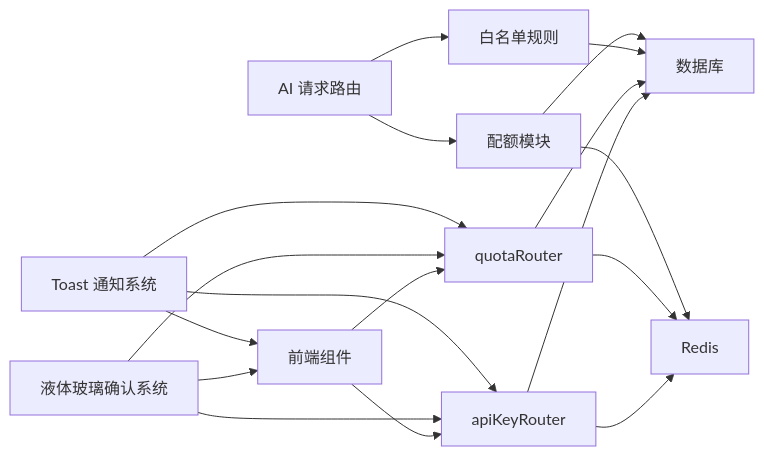
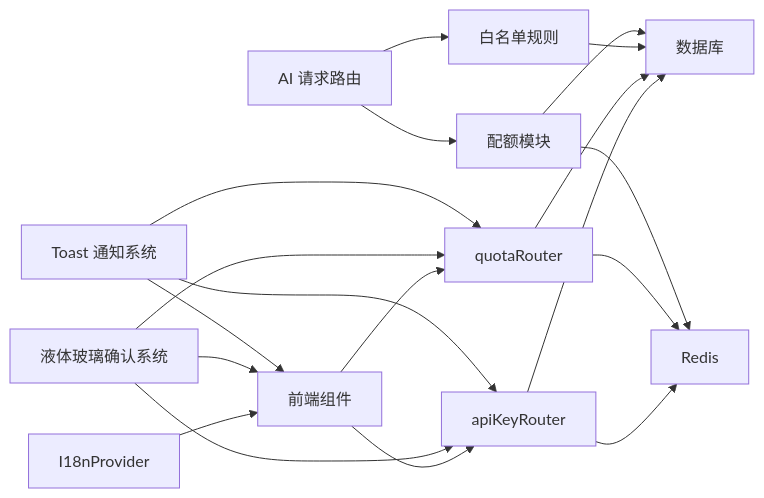
Before and after one commit to RadiumAg/AIGate: the tenth of 10 diagrams in .qoder/repowiki/zh/content/核心功能/API Key 管理.md, drawn with Mermaid. The commit also changed other lines of this file and 4 other files, not shown here.

````diff
--- a/.qoder/repowiki/zh/content/核心功能/API Key 管理.md
+++ b/.qoder/repowiki/zh/content/核心功能/API Key 管理.md
@@ -427,20 +535,21 @@
 ```mermaid
 graph LR
-UI["前端组件"] --> TPR["apiKeyRouter"]
+I18n["I18nProvider"] --> UI["前端组件"]
+UI --> TPR["apiKeyRouter"]
 UI --> QR["quotaRouter"]
 TPR --> DB["数据库"]
 TPR --> RC["Redis"]
 QR --> RC
 QR --> DB
 AI["AI 请求路由"] --> WL["白名单规则"]
 AI --> QU["配额模块"]
 WL --> DB
 QU --> RC
 QU --> DB
 Confirm["液体玻璃确认系统"] --> UI
 Confirm --> TPR
 Confirm --> QR
 Toast["Toast 通知系统"] --> UI
 Toast --> TPR
 Toast --> QR
 ```
````
